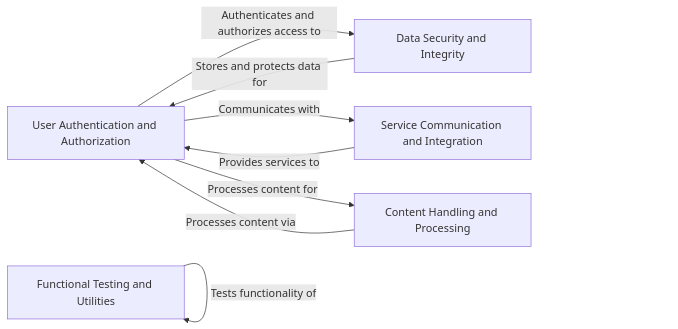
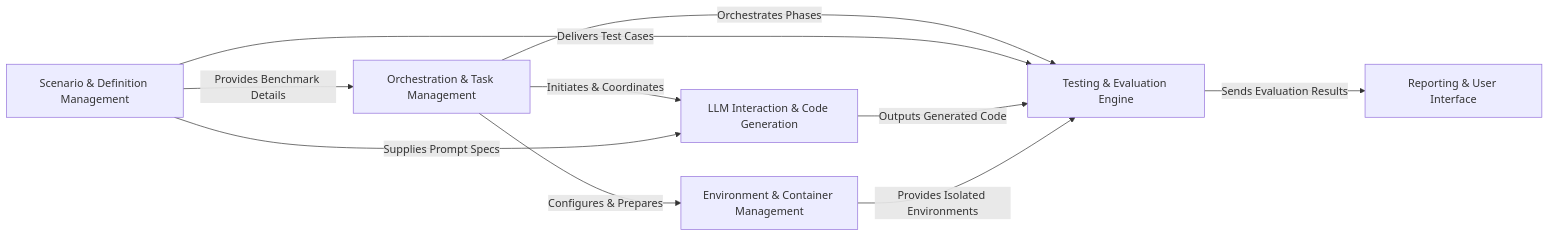
Before and after one commit to CodeBoarding/GeneratedOnBoardings: the diagram in baxbench/on_boarding.md, drawn with Mermaid. The commit also changed other lines of this file and 9 other files, not shown here.

````diff
--- a/baxbench/on_boarding.md
+++ b/baxbench/on_boarding.md
@@ -1,20 +1,22 @@
 ```mermaid
 graph LR
-    User_Authentication_and_Authorization["User Authentication and Authorization"]
-    Data_Security_and_Integrity["Data Security and Integrity"]
-    Service_Communication_and_Integration["Service Communication and Integration"]
-    Content_Handling_and_Processing["Content Handling and Processing"]
-    Functional_Testing_and_Utilities["Functional Testing and Utilities"]
-    User_Authentication_and_Authorization -- "Authenticates and authorizes access to" --> Data_Security_and_Integrity
-    User_Authentication_and_Authorization -- "Communicates with" --> Service_Communication_and_Integration
-    User_Authentication_and_Authorization -- "Processes content for" --> Content_Handling_and_Processing
-    Data_Security_and_Integrity -- "Stores and protects data for" --> User_Authentication_and_Authorization
-    Service_Communication_and_Integration -- "Provides services to" --> User_Authentication_and_Authorization
-    Content_Handling_and_Processing -- "Processes content via" --> User_Authentication_and_Authorization
-    Functional_Testing_and_Utilities -- "Tests functionality of" --> Functional_Testing_and_Utilities
-    click User_Authentication_and_Authorization href "https://github.com/CodeBoarding/GeneratedOnBoardings/blob/main/baxbench/User Authentication and Authorization.md" "Details"
-    click Data_Security_and_Integrity href "https://github.com/CodeBoarding/GeneratedOnBoardings/blob/main/baxbench/Data Security and Integrity.md" "Details"
-    click Service_Communication_and_Integration href "https://github.com/CodeBoarding/GeneratedOnBoardings/blob/main/baxbench/Service Communication and Integration.md" "Details"
-    click Content_Handling_and_Processing href "https://github.com/CodeBoarding/GeneratedOnBoardings/blob/main/baxbench/Content Handling and Processing.md" "Details"
-    click Functional_Testing_and_Utilities href "https://github.com/CodeBoarding/GeneratedOnBoardings/blob/main/baxbench/Functional Testing and Utilities.md" "Details"
+    Orchestration_Task_Management["Orchestration & Task Management"]
+    Scenario_Definition_Management["Scenario & Definition Management"]
+    LLM_Interaction_Code_Generation["LLM Interaction & Code Generation"]
+    Environment_Container_Management["Environment & Container Management"]
+    Testing_Evaluation_Engine["Testing & Evaluation Engine"]
+    Reporting_User_Interface["Reporting & User Interface"]
+    Orchestration_Task_Management -- "Initiates & Coordinates" --> LLM_Interaction_Code_Generation
+    Orchestration_Task_Management -- "Configures & Prepares" --> Environment_Container_Management
+    Orchestration_Task_Management -- "Orchestrates Phases" --> Testing_Evaluation_Engine
+    Scenario_Definition_Management -- "Provides Benchmark Details" --> Orchestration_Task_Management
+    Scenario_Definition_Management -- "Supplies Prompt Specs" --> LLM_Interaction_Code_Generation
+    Scenario_Definition_Management -- "Delivers Test Cases" --> Testing_Evaluation_Engine
+    LLM_Interaction_Code_Generation -- "Outputs Generated Code" --> Testing_Evaluation_Engine
+    Environment_Container_Management -- "Provides Isolated Environments" --> Testing_Evaluation_Engine
+    Testing_Evaluation_Engine -- "Sends Evaluation Results" --> Reporting_User_Interface
+    click Orchestration_Task_Management href "https://github.com/CodeBoarding/GeneratedOnBoardings/blob/main/baxbench/Orchestration_Task_Management.md" "Details"
+    click LLM_Interaction_Code_Generation href "https://github.com/CodeBoarding/GeneratedOnBoardings/blob/main/baxbench/LLM_Interaction_Code_Generation.md" "Details"
+    click Environment_Container_Management href "https://github.com/CodeBoarding/GeneratedOnBoardings/blob/main/baxbench/Environment_Container_Management.md" "Details"
+    click Testing_Evaluation_Engine href "https://github.com/CodeBoarding/GeneratedOnBoardings/blob/main/baxbench/Testing_Evaluation_Engine.md" "Details"
 ```
````
